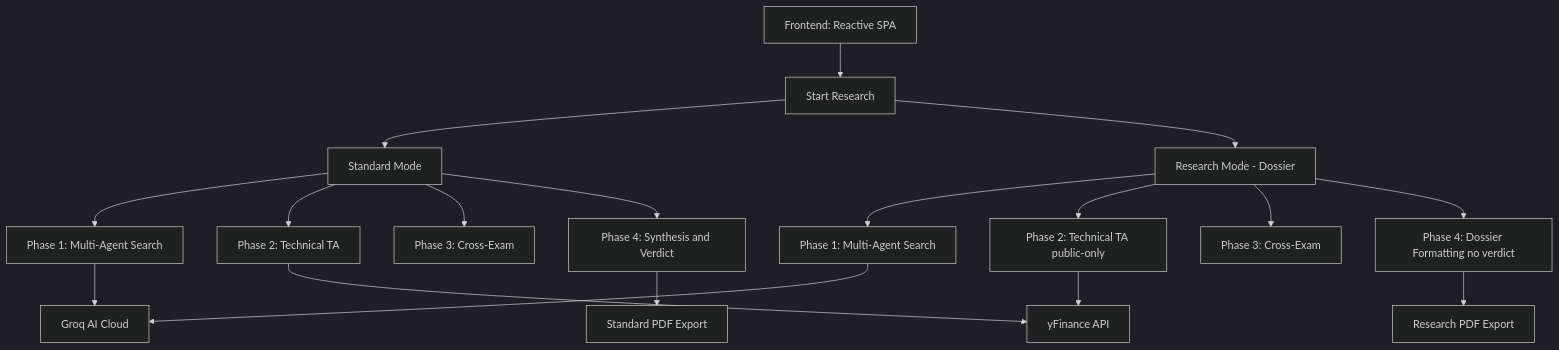
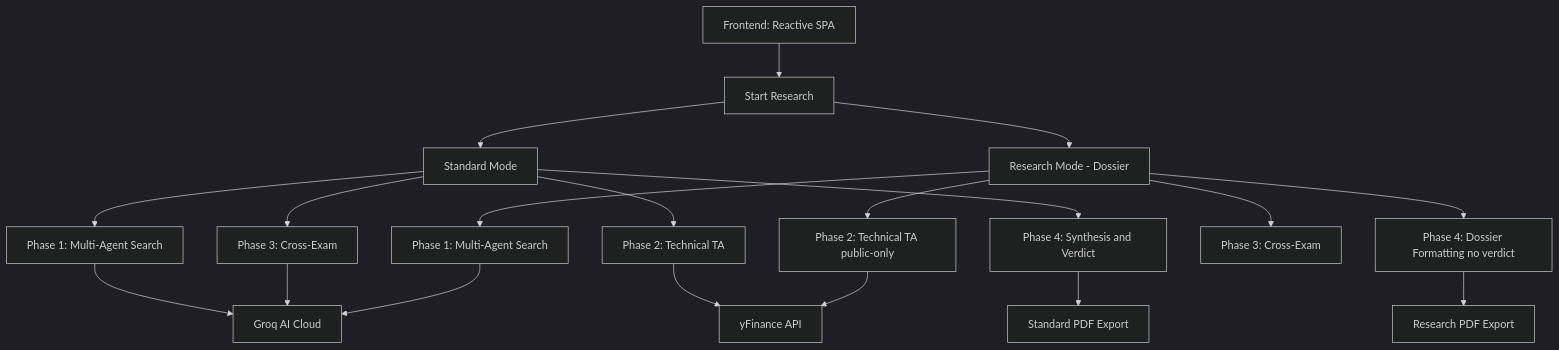
The diagram in README.md (aaravg772/AlphaSwarm), drawn with Mermaid (dark theme) before and after one commit.

Commit message:
Add connection from Phase 3 to Groq AI Cloud

````diff
--- a/README.md
+++ b/README.md
@@ -45,22 +45,23 @@
 ```mermaid
 graph TD
     UI["Frontend: Reactive SPA"] --> SR["Start Research"]
     SR --> SM["Standard Mode"]
     SR --> RM["Research Mode - Dossier"]
 
     SM --> S1["Phase 1: Multi-Agent Search"]
     S1 --> GROQ["Groq AI Cloud"]
     SM --> S2["Phase 2: Technical TA"]
     S2 --> YF["yFinance API"]
     SM --> S3["Phase 3: Cross-Exam"]
+    S3 --> GROQ["Groq AI Cloud"]
     SM --> S4["Phase 4: Synthesis and Verdict"]
     S4 --> SPDF["Standard PDF Export"]
 
     RM --> R1["Phase 1: Multi-Agent Search"]
     R1 --> GROQ
     RM --> R2["Phase 2: Technical TA public-only"]
     R2 --> YF
     RM --> R3["Phase 3: Cross-Exam"]
     RM --> R4["Phase 4: Dossier Formatting no verdict"]
     R4 --> RPDF["Research PDF Export"]
 ```
````
